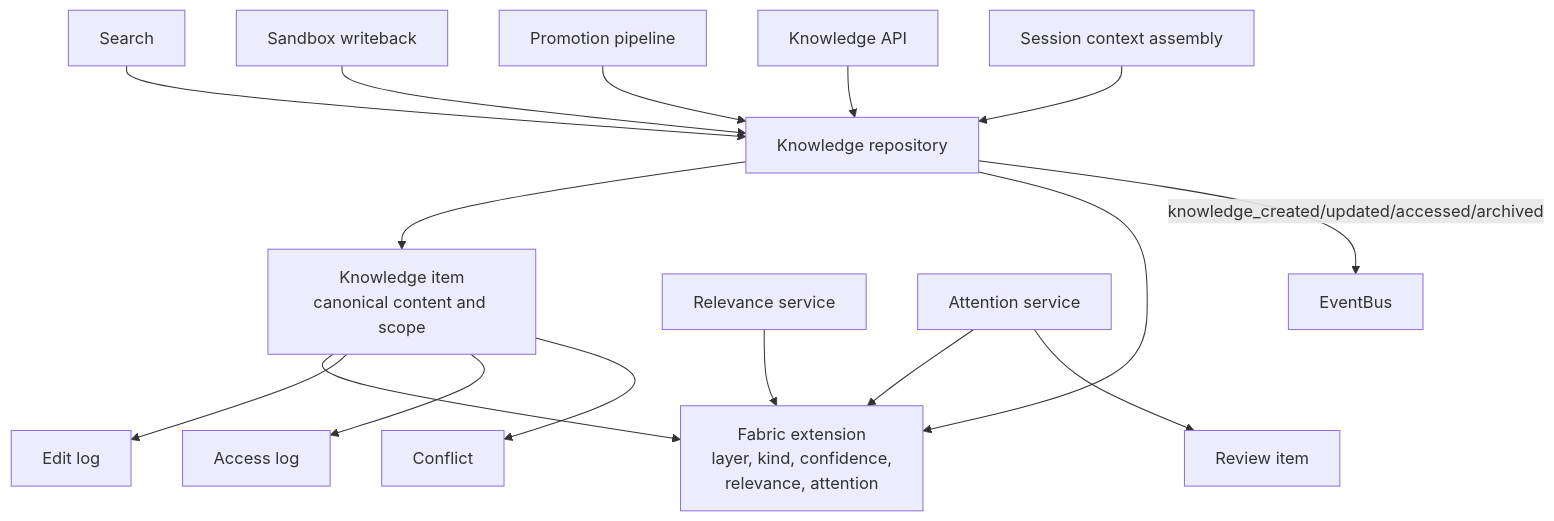
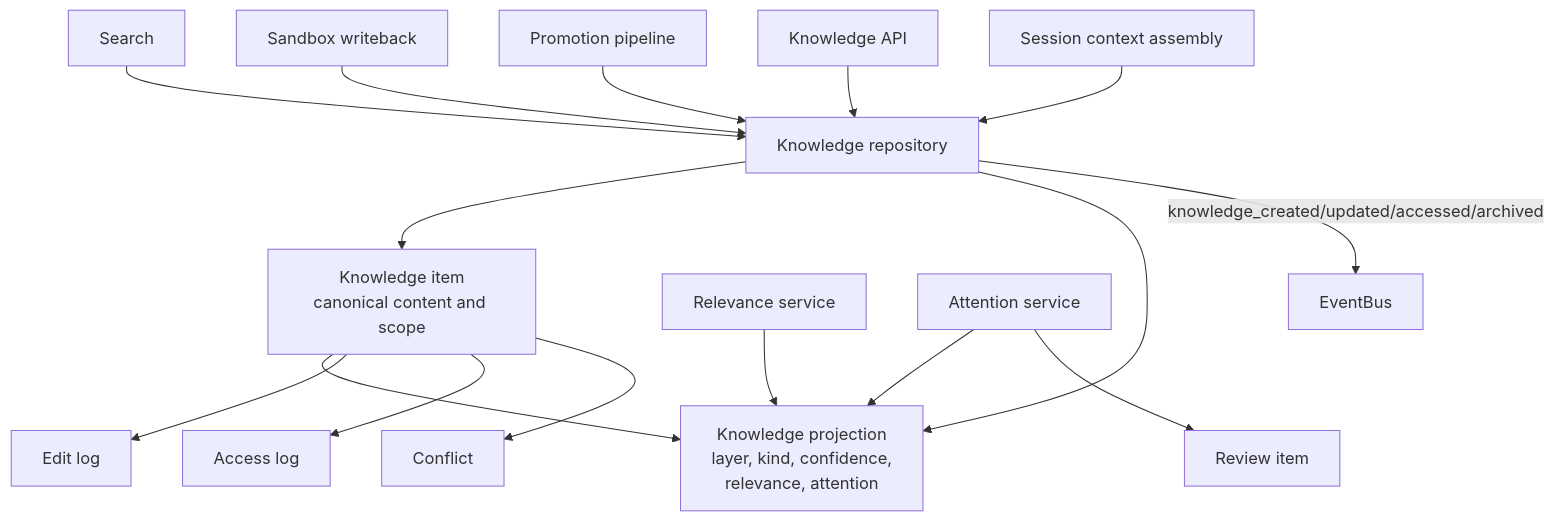
Before and after one commit to idle-builders/hyperidle: the sixth of 12 diagrams in docs/architecture/as-implemented-domain-architecture.md, drawn with Mermaid. The commit also changed other lines of this file and 53 other files, not shown here.

````diff
--- a/docs/architecture/as-implemented-domain-architecture.md
+++ b/docs/architecture/as-implemented-domain-architecture.md
@@ -203,26 +203,26 @@
 ```mermaid
 flowchart TB
   KnowledgeItem["Knowledge item\ncanonical content and scope"]
-  FabricMeta["Fabric extension\nlayer, kind, confidence,\nrelevance, attention"]
+  KnowledgeProjection["Knowledge projection\nlayer, kind, confidence,\nrelevance, attention"]
   EditLog["Edit log"]
   AccessLog["Access log"]
   Conflict["Conflict"]
 
-  KnowledgeItem --> FabricMeta
+  KnowledgeItem --> KnowledgeProjection
   KnowledgeItem --> EditLog
   KnowledgeItem --> AccessLog
   KnowledgeItem --> Conflict
 
   Repository["Knowledge repository"] --> KnowledgeItem
-  Repository --> FabricMeta
+  Repository --> KnowledgeProjection
   Search["Search"] --> Repository
-  Relevance["Relevance service"] --> FabricMeta
-  Attention["Attention service"] --> FabricMeta
+  Relevance["Relevance service"] --> KnowledgeProjection
+  Attention["Attention service"] --> KnowledgeProjection
   Attention --> ReviewItem["Review item"]
   Writeback["Sandbox writeback"] --> Repository
   Promotion["Promotion pipeline"] --> Repository
 
   KnowledgeAPI["Knowledge API"] --> Repository
   SessionContext["Session context assembly"] --> Repository
   Repository -- "knowledge_created/updated/accessed/archived" --> Events["EventBus"]
 ```
````
